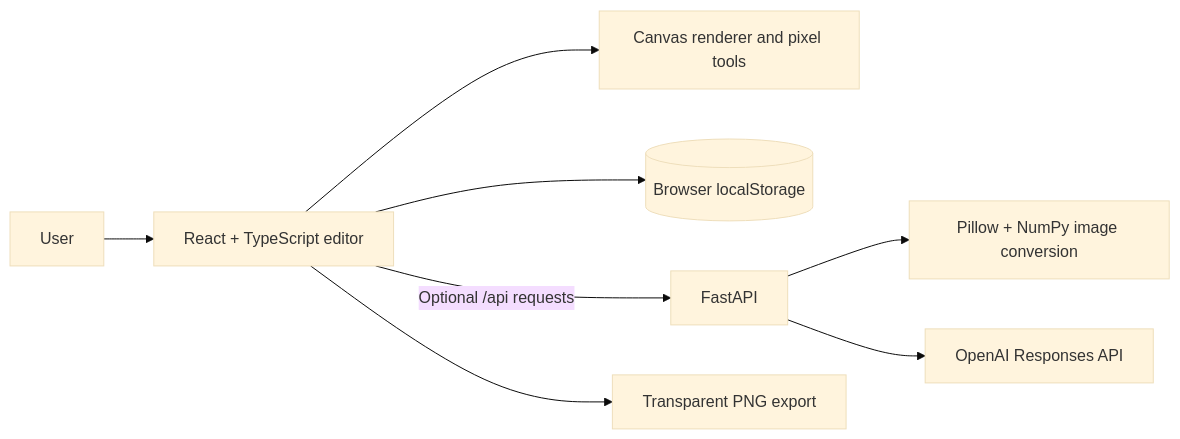
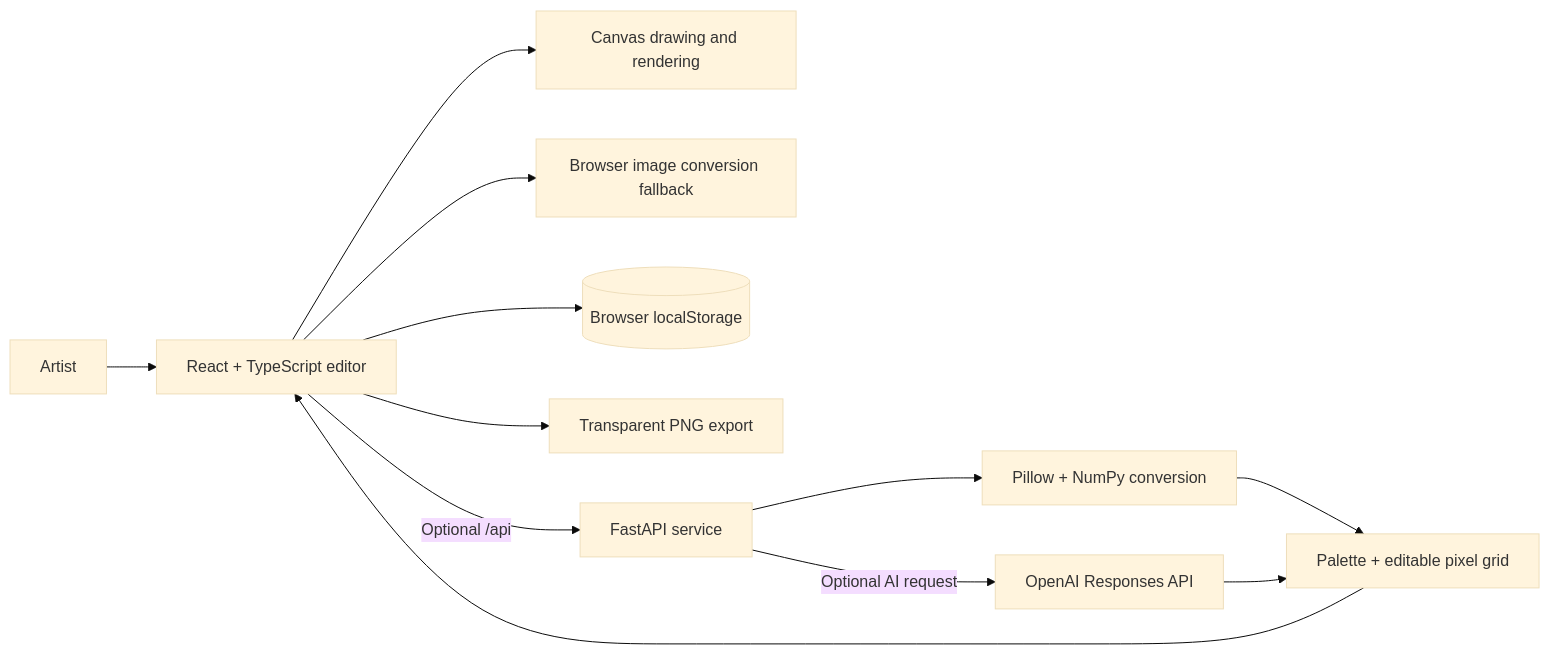
One commit to bhagyashree-ap/DotMatrix changed the diagram in README.md. Above: the diagram before and after it, drawn with Mermaid (base theme). The commit also changed other lines of this file and 2 other files, not shown here.

````diff
--- a/README.md
+++ b/README.md
@@ -47,10 +73,14 @@
 ```mermaid
 flowchart LR
-  U[User] --> UI[React + TypeScript editor]
-  UI --> C[Canvas renderer and pixel tools]
-  UI --> L[(Browser localStorage)]
-  UI -->|Optional /api requests| API[FastAPI]
-  API --> IMG[Pillow + NumPy image conversion]
-  API --> AI[OpenAI Responses API]
-  UI --> PNG[Transparent PNG export]
+  Person[Artist] --> Editor[React + TypeScript editor]
+  Editor --> Canvas[Canvas drawing and rendering]
+  Editor --> BrowserConvert[Browser image conversion fallback]
+  Editor --> Collection[(Browser localStorage)]
+  Editor --> Export[Transparent PNG export]
+  Editor -->|Optional /api| API[FastAPI service]
+  API --> Image[ Pillow + NumPy conversion ]
+  API -->|Optional AI request| OpenAI[OpenAI Responses API]
+  Image --> Grid[Palette + editable pixel grid]
+  OpenAI --> Grid
+  Grid --> Editor
 ```
````
